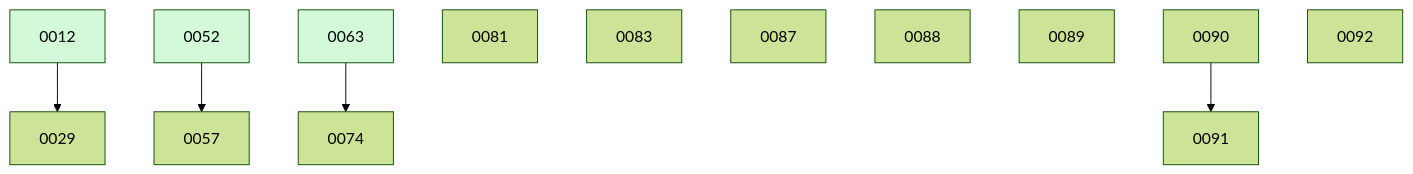
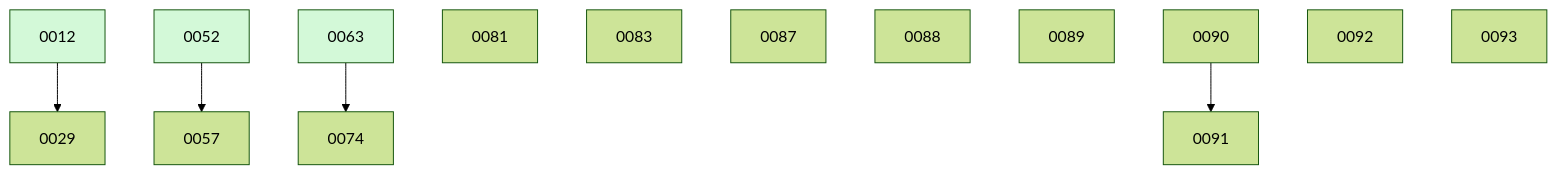
The diagram in docs/changes/BOARD.md (ethanhinson/fuse), drawn with Mermaid (forest theme) before and after one commit. The commit also changed other lines of this file and 1 other file, not shown here.

````diff
--- a/docs/changes/BOARD.md
+++ b/docs/changes/BOARD.md
@@ -36,18 +37,19 @@
 ```mermaid
 graph TD
   0012 --> 0029
   0052 --> 0057
   0063 --> 0074
   0081
   0083
   0087
   0088
   0089
   0090
   0090 --> 0091
   0092
+  0093
   0012:::done
   0052:::done
   0063:::done
   classDef done fill:#d3f9d8;
 ```
````
